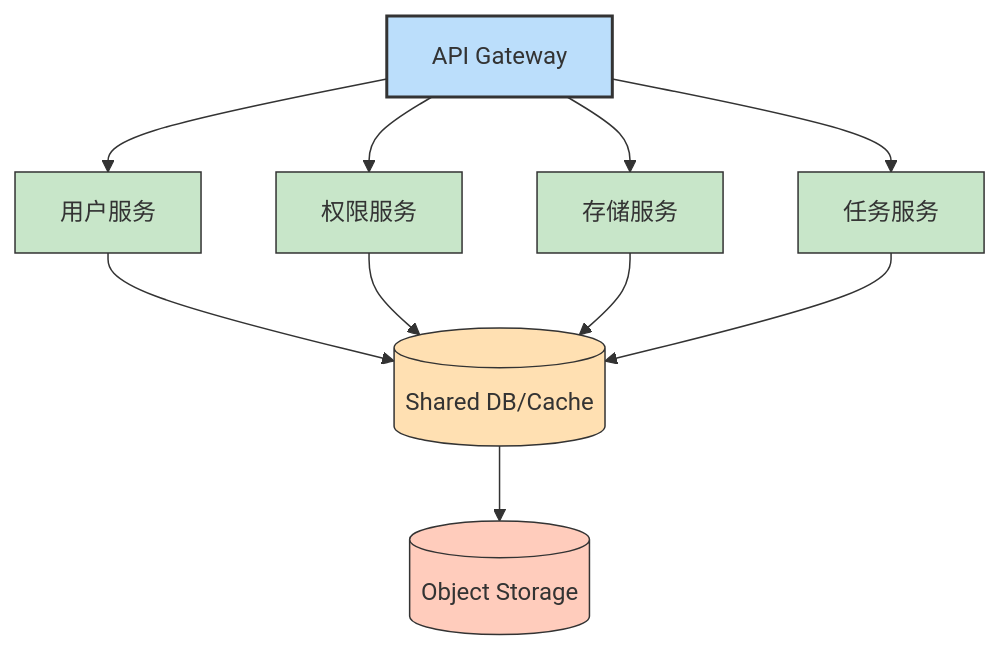
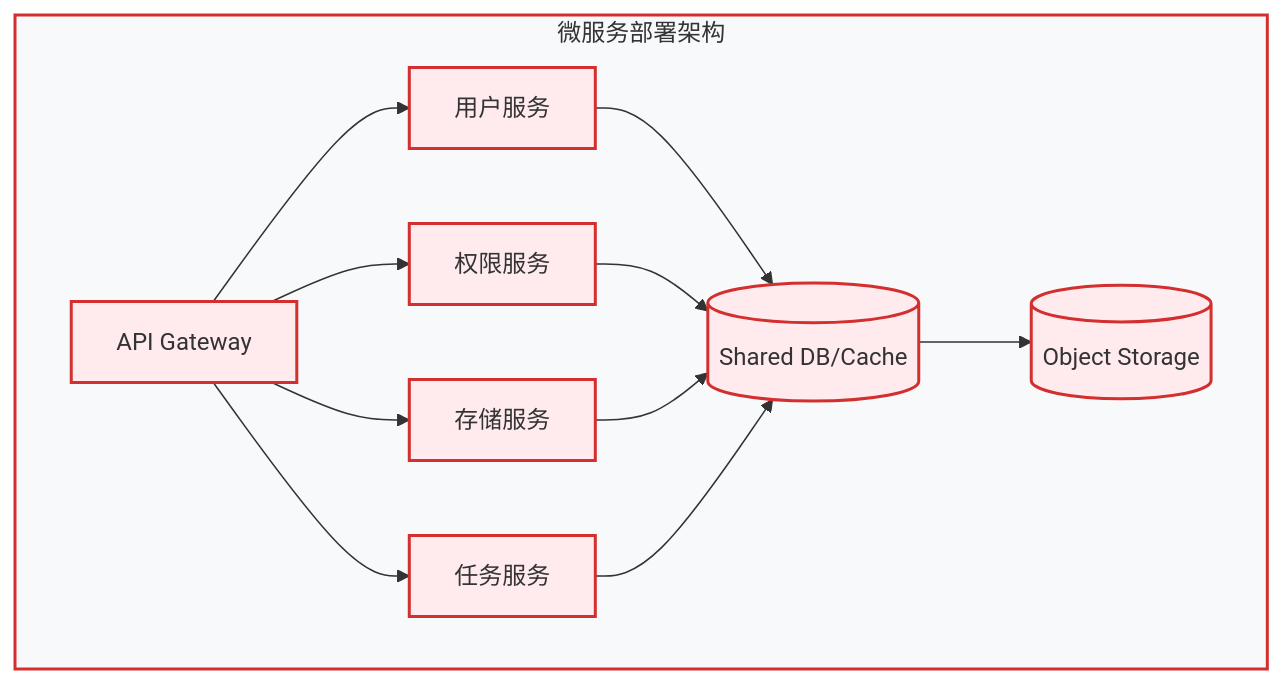
Before and after one commit to LeonColes/OSS-BackEnd: diagram 13 of 16 in docs/architecture.md, drawn with Mermaid. The commit also changed other lines of this file, not shown here.

````diff
--- a/docs/architecture.md
+++ b/docs/architecture.md
@@ -560,22 +662,22 @@
 ```mermaid
 flowchart TD
-    API[API Gateway] --> US[用户服务]
-    API --> AS[权限服务]
-    API --> SS[存储服务]
-    API --> TS[任务服务]
+    subgraph MicroserviceDeployment[微服务部署架构]
+        direction LR
+        API[API Gateway] --> US[用户服务]
+        API --> AS[权限服务]
+        API --> SS[存储服务]
+        API --> TS[任务服务]
+        
+        US & AS & SS & TS --> DB[(Shared DB/Cache)]
+        
+        DB --> OS[(Object Storage)]
+    end
     
-    US --> DB[(Shared DB/Cache)]
-    AS --> DB
-    SS --> DB
-    TS --> DB
+    %% 样式设置 - 明亮风格
+    classDef microDepStyle fill:#ffebee,stroke:#d32f2f,stroke-width:2px,color:#333
     
-    DB --> OS[(Object Storage)]
+    class API,US,AS,SS,TS,DB,OS microDepStyle
     
-    style API fill:#bbdefb,stroke:#333,stroke-width:2px
-    style US fill:#c8e6c9,stroke:#333,stroke-width:1px
-    style AS fill:#c8e6c9,stroke:#333,stroke-width:1px
-    style SS fill:#c8e6c9,stroke:#333,stroke-width:1px
-    style TS fill:#c8e6c9,stroke:#333,stroke-width:1px
-    style DB fill:#ffe0b2,stroke:#333,stroke-width:1px
-    style OS fill:#ffccbc,stroke:#333,stroke-width:1px
+    %% 设置子图样式
+    style MicroserviceDeployment fill:#f8f9fa,stroke:#d32f2f,stroke-width:2px,color:#333
 ```
````
